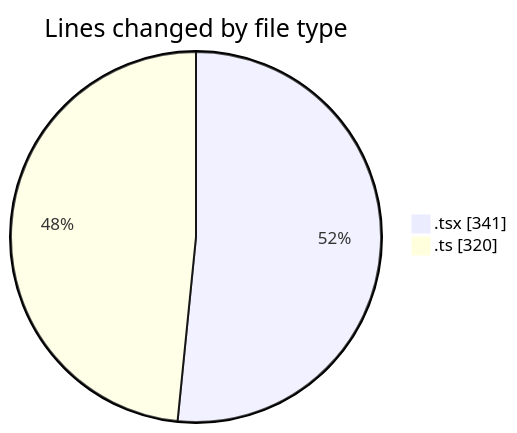
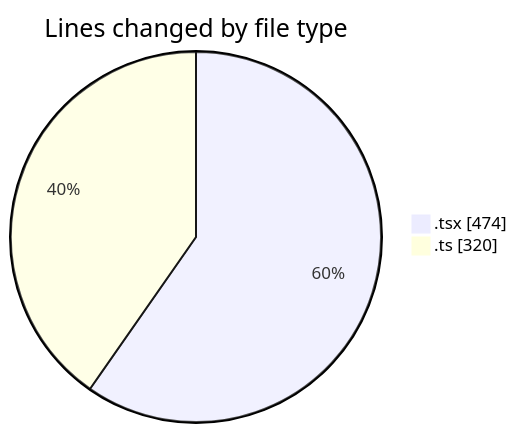
The first of 2 diagrams in 2025-11-22/eventscop-frontend-guide__workspace_/README.md (julien-gomy/code-tracking), drawn with Mermaid before and after one commit. The commit also changed other lines of this file and 1 other file, not shown here.

````diff
--- a/2025-11-22/eventscop-frontend-guide__workspace_/README.md
+++ b/2025-11-22/eventscop-frontend-guide__workspace_/README.md
@@ -26,6 +27,6 @@
 ```mermaid
 pie showData
 title Lines changed by file type
-".tsx" : 341
+".tsx" : 474
 ".ts" : 320
 ```
````
